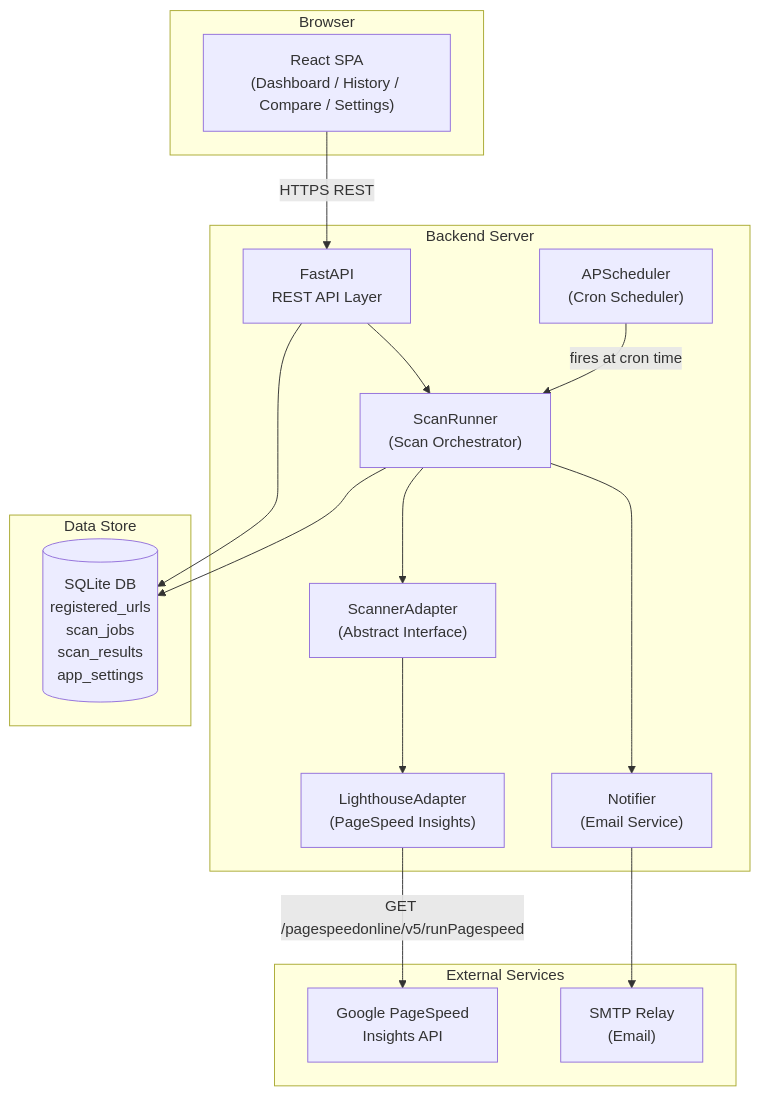
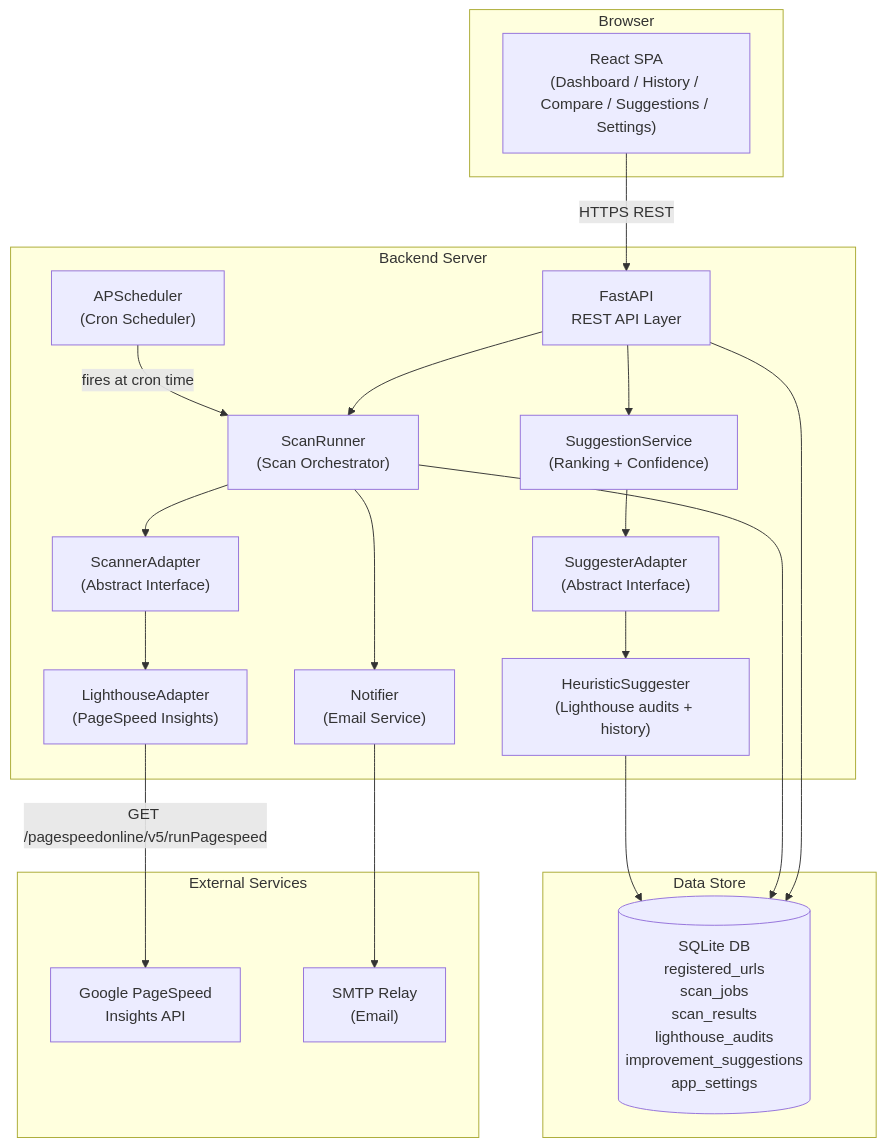
The first of 9 diagrams in specs/design.md (Ryosuke-Kawashima-Career/AI-SEO), drawn with Mermaid before and after one commit. The commit also changed other lines of this file and 5 other files, not shown here.

````diff
--- a/specs/design.md
+++ b/specs/design.md
@@ -54,35 +57,42 @@
 ```mermaid
 graph TD
     subgraph Browser["Browser"]
-        UI["React SPA\n(Dashboard / History / Compare / Settings)"]
+        UI["React SPA\n(Dashboard / History / Compare / Suggestions / Settings)"]
     end
 
     subgraph Backend["Backend Server"]
         API["FastAPI\nREST API Layer"]
         ScanRunner["ScanRunner\n(Scan Orchestrator)"]
         Scheduler["APScheduler\n(Cron Scheduler)"]
         Adapter["ScannerAdapter\n(Abstract Interface)"]
         LHAdapter["LighthouseAdapter\n(PageSpeed Insights)"]
+        SuggesterAdapter["SuggesterAdapter\n(Abstract Interface)"]
+        HeuristicSuggester["HeuristicSuggester\n(Lighthouse audits + history)"]
+        SuggestionService["SuggestionService\n(Ranking + Confidence)"]
         Notifier["Notifier\n(Email Service)"]
     end
 
     subgraph DataStore["Data Store"]
-        DB[("SQLite DB\nregistered_urls\nscan_jobs\nscan_results\napp_settings")]
+        DB[("SQLite DB\nregistered_urls\nscan_jobs\nscan_results\nlighthouse_audits\nimprovement_suggestions\napp_settings")]
     end
 
     subgraph External["External Services"]
         PSI["Google PageSpeed\nInsights API"]
         SMTP["SMTP Relay\n(Email)"]
     end
 
     UI -->|"HTTPS REST"| API
     API --> ScanRunner
+    API --> SuggestionService
     API --> DB
     Scheduler -->|"fires at cron time"| ScanRunner
     ScanRunner --> Adapter
     Adapter --> LHAdapter
     LHAdapter -->|"GET /pagespeedonline/v5/runPagespeed"| PSI
     ScanRunner --> DB
     ScanRunner --> Notifier
     Notifier --> SMTP
+    SuggestionService --> SuggesterAdapter
+    SuggesterAdapter --> HeuristicSuggester
+    HeuristicSuggester --> DB
 ```
````
